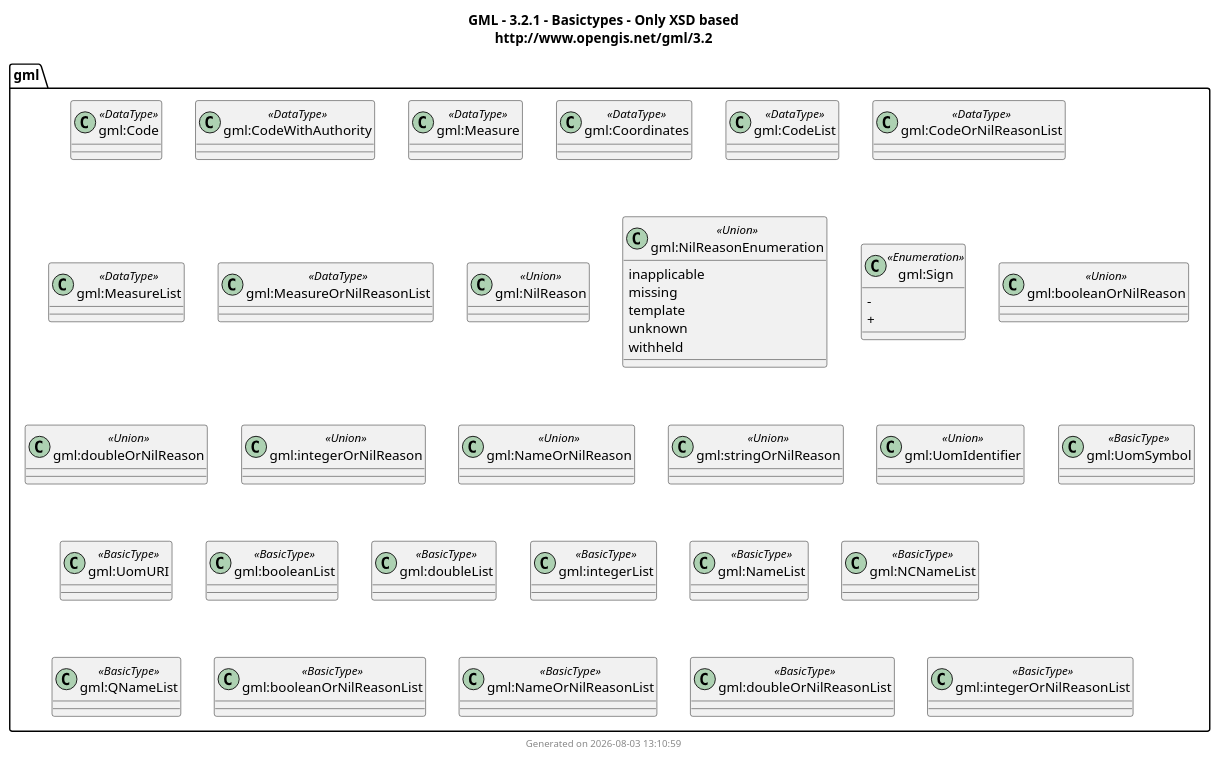
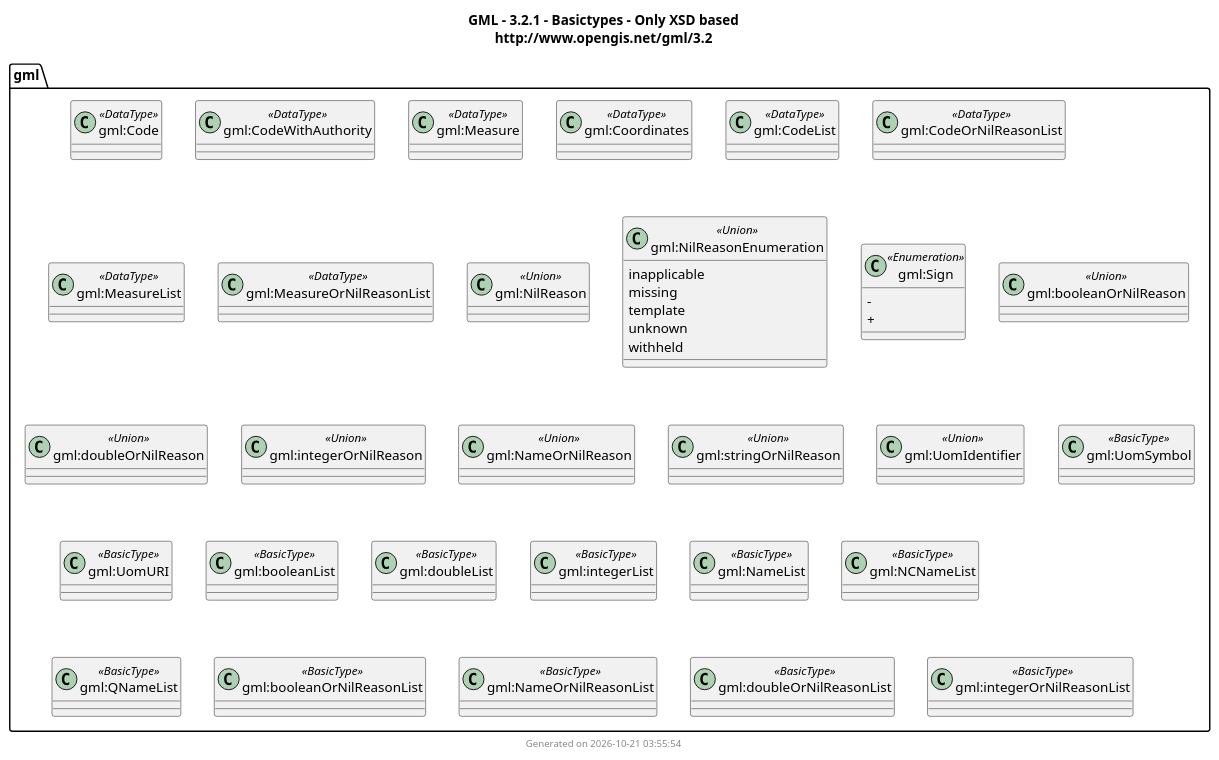
Before and after one commit to muratkendir/every-class: the diagram in docs/output/GML/3.2.1/UMLClassDiagram/basictypes.puml, drawn with PlantUML. The commit also changed 37 other files, not shown here.

Commit message:
cross-compilation diagram generation added.

```diff
--- a/docs/output/GML/3.2.1/UMLClassDiagram/basictypes.puml
+++ b/docs/output/GML/3.2.1/UMLClassDiagram/basictypes.puml
@@ -1,52 +1,52 @@
 @startuml
 title
   GML - 3.2.1 - Basictypes - Only XSD based
   http://www.opengis.net/gml/3.2
 end title
 
 package gml {
-class "gml:Code" <<DataType>>
-class "gml:CodeWithAuthority" <<DataType>>
-class "gml:Measure" <<DataType>>
-class "gml:Coordinates" <<DataType>>
-class "gml:CodeList" <<DataType>>
-class "gml:CodeOrNilReasonList" <<DataType>>
-class "gml:MeasureList" <<DataType>>
-class "gml:MeasureOrNilReasonList" <<DataType>>
+class "gml:Code" as gml_Code <<DataType>>
+class "gml:CodeWithAuthority" as gml_CodeWithAuthority <<DataType>>
+class "gml:Measure" as gml_Measure <<DataType>>
+class "gml:Coordinates" as gml_Coordinates <<DataType>>
+class "gml:CodeList" as gml_CodeList <<DataType>>
+class "gml:CodeOrNilReasonList" as gml_CodeOrNilReasonList <<DataType>>
+class "gml:MeasureList" as gml_MeasureList <<DataType>>
+class "gml:MeasureOrNilReasonList" as gml_MeasureOrNilReasonList <<DataType>>
 
 ' Simple types (from <simpleType> declarations)
-class "gml:NilReason" <<Union>>
-class "gml:NilReasonEnumeration" <<Union>> {
+class "gml:NilReason" as gml_NilReason <<Union>>
+class "gml:NilReasonEnumeration" as gml_NilReasonEnumeration <<Union>> {
   inapplicable
   missing
   template
   unknown
   withheld
 }
-class "gml:Sign" <<Enumeration>> {
+class "gml:Sign" as gml_Sign <<Enumeration>> {
   -
   +
 }
-class "gml:booleanOrNilReason" <<Union>>
-class "gml:doubleOrNilReason" <<Union>>
-class "gml:integerOrNilReason" <<Union>>
-class "gml:NameOrNilReason" <<Union>>
-class "gml:stringOrNilReason" <<Union>>
-class "gml:UomIdentifier" <<Union>>
-class "gml:UomSymbol" <<BasicType>>
-class "gml:UomURI" <<BasicType>>
-class "gml:booleanList" <<BasicType>>
-class "gml:doubleList" <<BasicType>>
-class "gml:integerList" <<BasicType>>
-class "gml:NameList" <<BasicType>>
-class "gml:NCNameList" <<BasicType>>
-class "gml:QNameList" <<BasicType>>
-class "gml:booleanOrNilReasonList" <<BasicType>>
-class "gml:NameOrNilReasonList" <<BasicType>>
-class "gml:doubleOrNilReasonList" <<BasicType>>
-class "gml:integerOrNilReasonList" <<BasicType>>
+class "gml:booleanOrNilReason" as gml_booleanOrNilReason <<Union>>
+class "gml:doubleOrNilReason" as gml_doubleOrNilReason <<Union>>
+class "gml:integerOrNilReason" as gml_integerOrNilReason <<Union>>
+class "gml:NameOrNilReason" as gml_NameOrNilReason <<Union>>
+class "gml:stringOrNilReason" as gml_stringOrNilReason <<Union>>
+class "gml:UomIdentifier" as gml_UomIdentifier <<Union>>
+class "gml:UomSymbol" as gml_UomSymbol <<BasicType>>
+class "gml:UomURI" as gml_UomURI <<BasicType>>
+class "gml:booleanList" as gml_booleanList <<BasicType>>
+class "gml:doubleList" as gml_doubleList <<BasicType>>
+class "gml:integerList" as gml_integerList <<BasicType>>
+class "gml:NameList" as gml_NameList <<BasicType>>
+class "gml:NCNameList" as gml_NCNameList <<BasicType>>
+class "gml:QNameList" as gml_QNameList <<BasicType>>
+class "gml:booleanOrNilReasonList" as gml_booleanOrNilReasonList <<BasicType>>
+class "gml:NameOrNilReasonList" as gml_NameOrNilReasonList <<BasicType>>
+class "gml:doubleOrNilReasonList" as gml_doubleOrNilReasonList <<BasicType>>
+class "gml:integerOrNilReasonList" as gml_integerOrNilReasonList <<BasicType>>
 }
 
 
-footer Generated on 2026-08-03 13:10:59
+footer Generated on 2026-10-21 03:55:54
 @enduml
```
